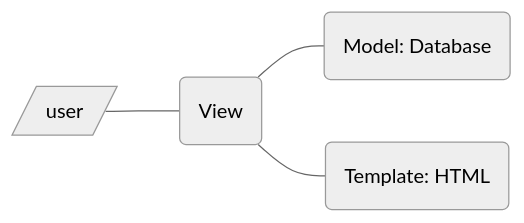
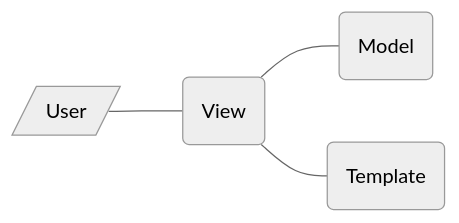
The second of 2 diagrams in programming/python/django.md (chensk1999/note), drawn with Mermaid (neutral theme) before and after one commit. The commit also changed other lines of this file and 6 other files, not shown here.

````diff
--- a/programming/python/django.md
+++ b/programming/python/django.md
@@ -51,6 +38,6 @@
 ```mermaid
 graph LR
-  1[/user/] --- V(View)
-  V --- M(Model: Database)
-  V --- T(Template: HTML)
+  1[/User/] --- V(View)
+  V --- M(Model)
+  V --- T(Template)
 ```
````
